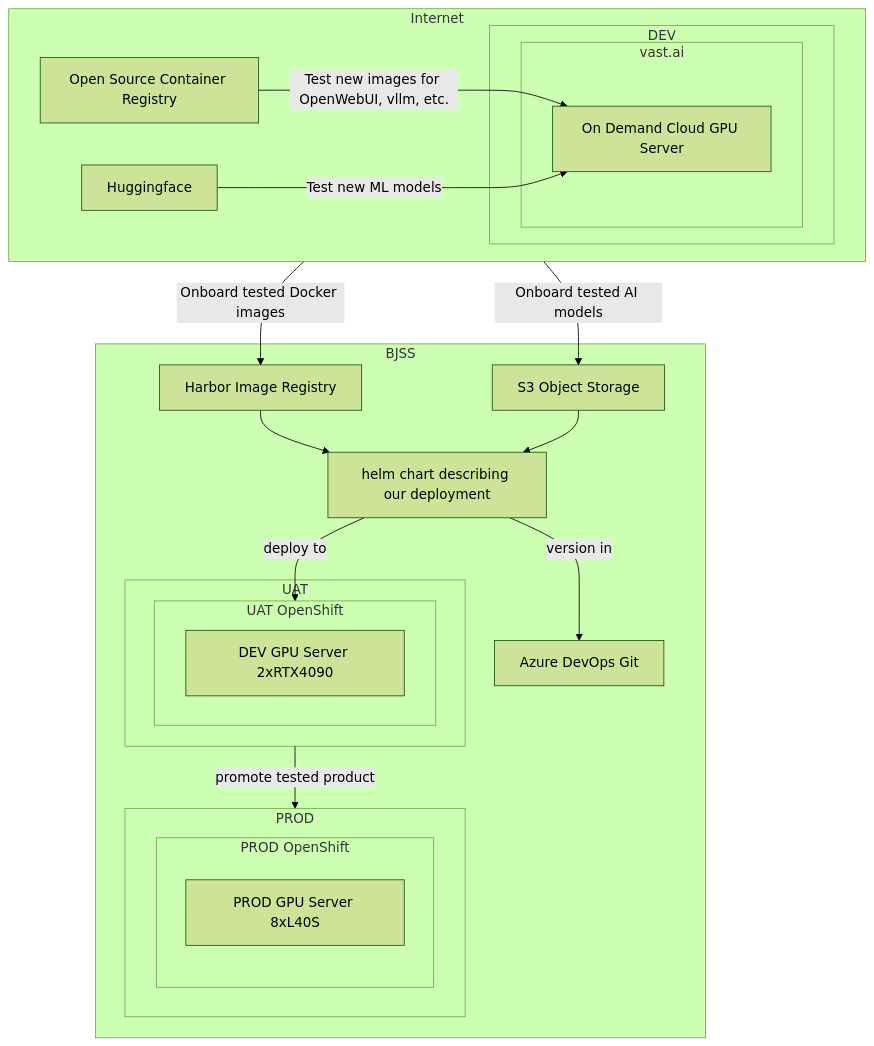
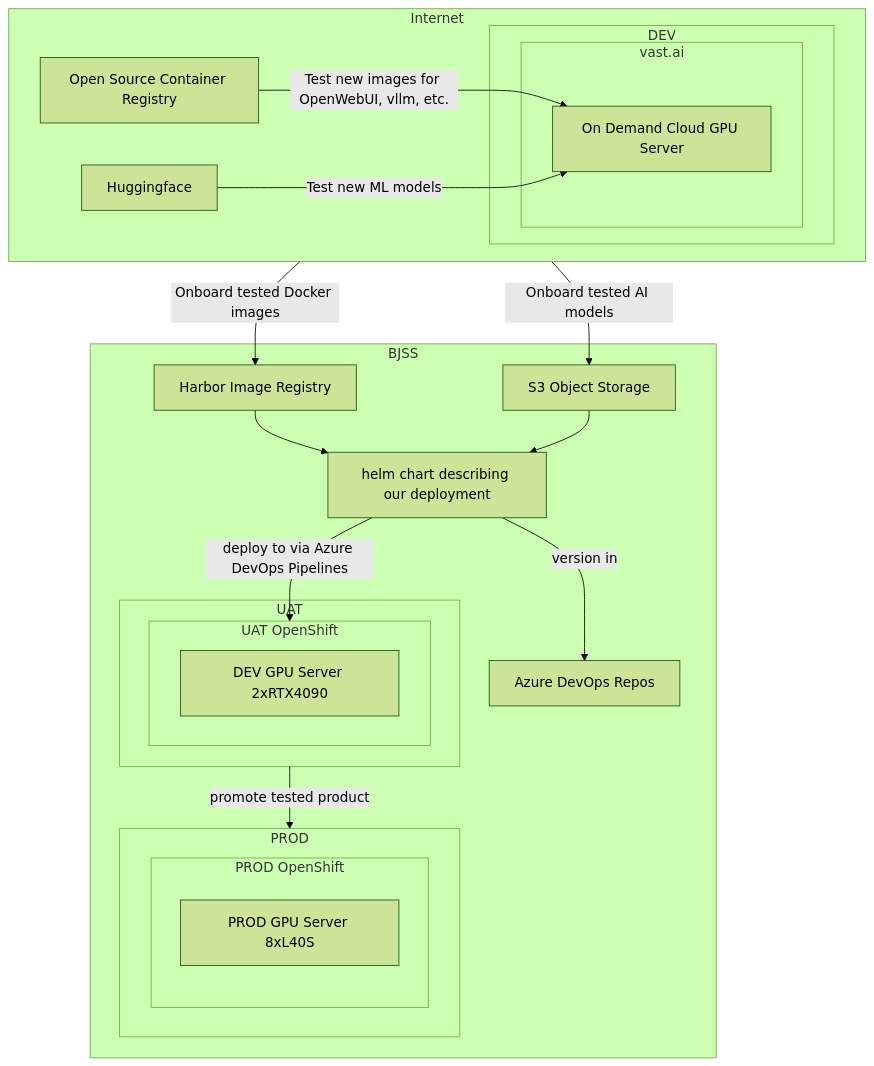
Before and after one commit to tim-roethig/ai-platform: the second of 2 diagrams in README.md, drawn with Mermaid (forest theme).

````diff
--- a/README.md
+++ b/README.md
@@ -63,60 +63,60 @@
 ```mermaid
 graph TD
     A[Open Source Container Registry]
     HF[Huggingface]
     B[On Demand Cloud GPU Server]
     HELM[helm chart describing our deployment]
     C[Harbor Image Registry]
-    D[Azure DevOps Git]
+    D[Azure DevOps Repos]
     S3[S3 Object Storage]
     E[DEV GPU Server 2xRTX4090]
     F[PROD GPU Server 8xL40S]
 
     subgraph VAST_AI[vast.ai]
         B
     end
     subgraph UAT_OC[UAT OpenShift]
         E
     end
     subgraph PROD_OC[PROD OpenShift]
         F
     end
 
     subgraph DEV[DEV]
         VAST_AI
     end
     subgraph UAT[UAT]
         UAT_OC
     end
     subgraph PROD[PROD]
         PROD_OC
     end
 
     subgraph BJSS[BJSS]
         C
         D
         S3
         HELM
         UAT
         PROD
     end
 
     subgraph Internet[Internet]
         A
         HF
         DEV
     end
 
     A -- Test new images for OpenWebUI, vllm, etc. --> B
     HF -- Test new ML models --> B
 
     Internet -- Onboard tested Docker images --> C
     Internet -- Onboard tested AI models --> S3
 
     HELM -- version in --> D
     C --> HELM
     S3 --> HELM
 
-    HELM -- deploy to --> UAT_OC
+    HELM -- deploy to via Azure DevOps Pipelines --> UAT_OC
     UAT -- promote tested product --> PROD
 ```
````
